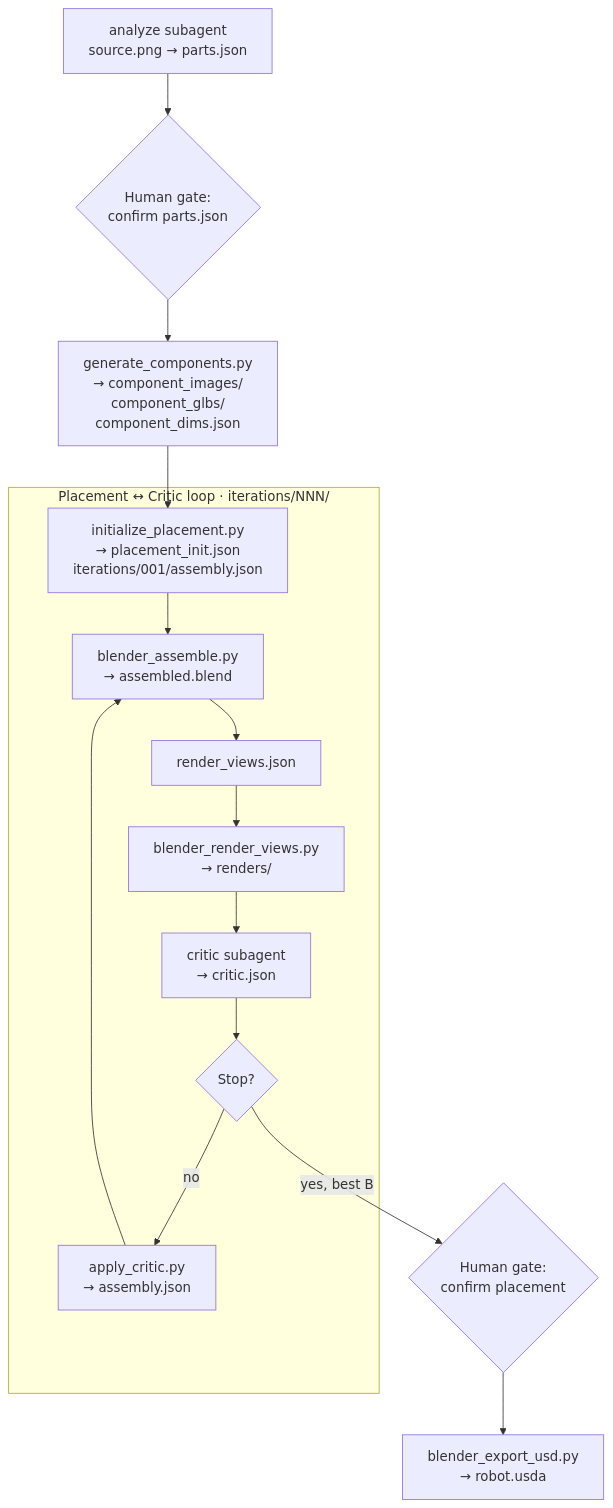
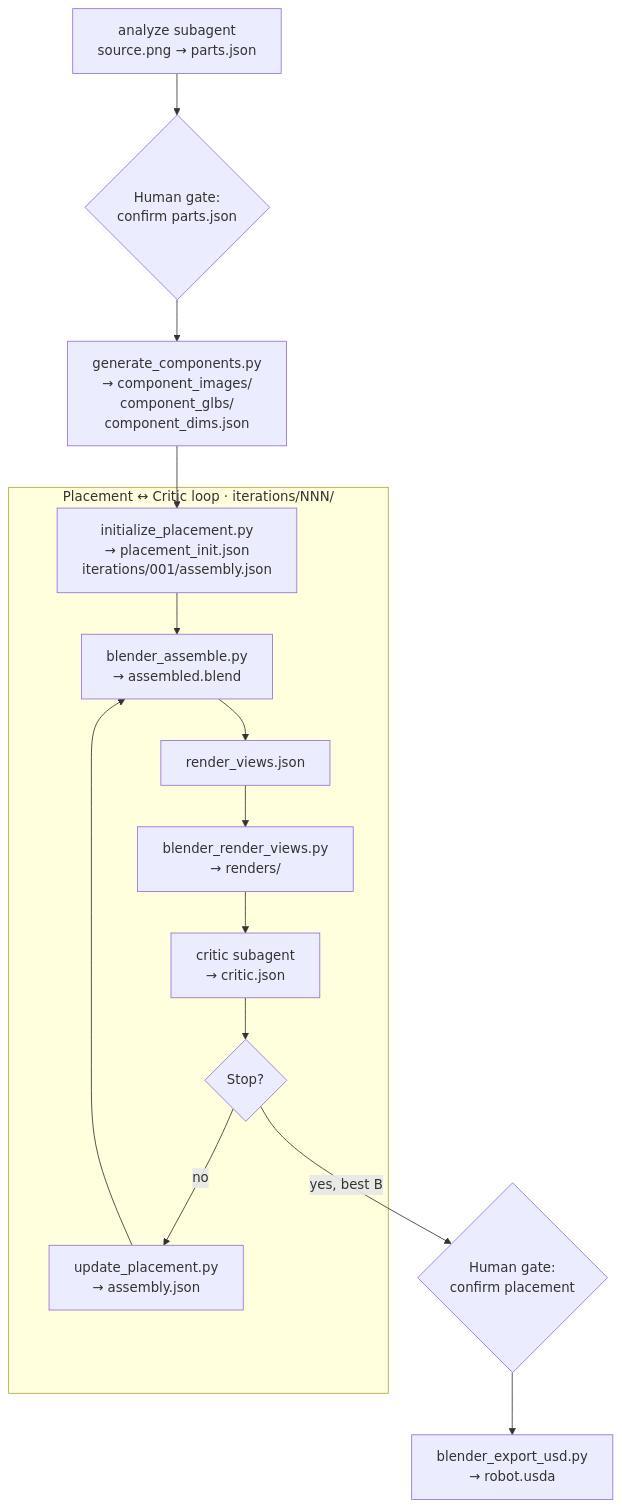
Before and after one commit to aakashvarma/dexter: the diagram in docs/pages/architecture/agentic-loop.mdx, drawn with Mermaid. The commit also changed other lines of this file and 42 other files, not shown here.

````diff
--- a/docs/pages/architecture/agentic-loop.mdx
+++ b/docs/pages/architecture/agentic-loop.mdx
@@ -9,19 +7,19 @@
 ```mermaid
 flowchart TD
     analyze["analyze subagent\nsource.png → parts.json"] --> gate1{"Human gate:\nconfirm parts.json"}
     gate1 --> components["generate_components.py\n→ component_images/\ncomponent_glbs/\ncomponent_dims.json"]
     components --> init["initialize_placement.py\n→ placement_init.json\niterations/001/assembly.json"]
 
     subgraph placeLoop ["Placement ↔ Critic loop · iterations/NNN/"]
         init --> assemble["blender_assemble.py\n→ assembled.blend"]
-        apply["apply_critic.py\n→ assembly.json"] --> assemble
+        apply["update_placement.py\n→ assembly.json"] --> assemble
         assemble --> renderplan["render_views.json"]
         renderplan --> render["blender_render_views.py\n→ renders/"]
         render --> critique["critic subagent\n→ critic.json"]
         critique --> decide{"Stop?"}
         decide -->|no| apply
     end
 
     decide -->|yes, best B| gate2{"Human gate:\nconfirm placement"}
     gate2 --> usd["blender_export_usd.py\n→ robot.usda"]
 ```
````
